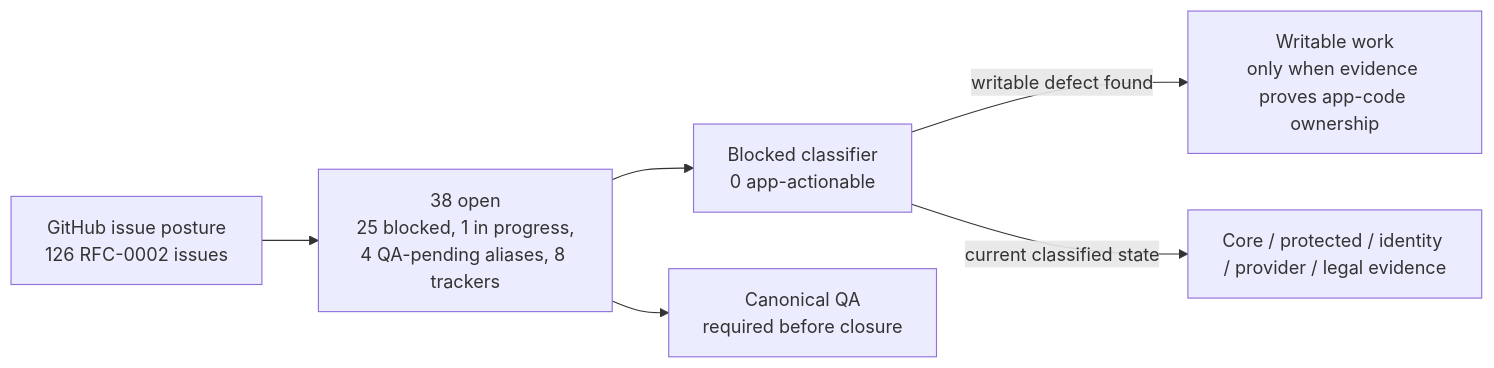
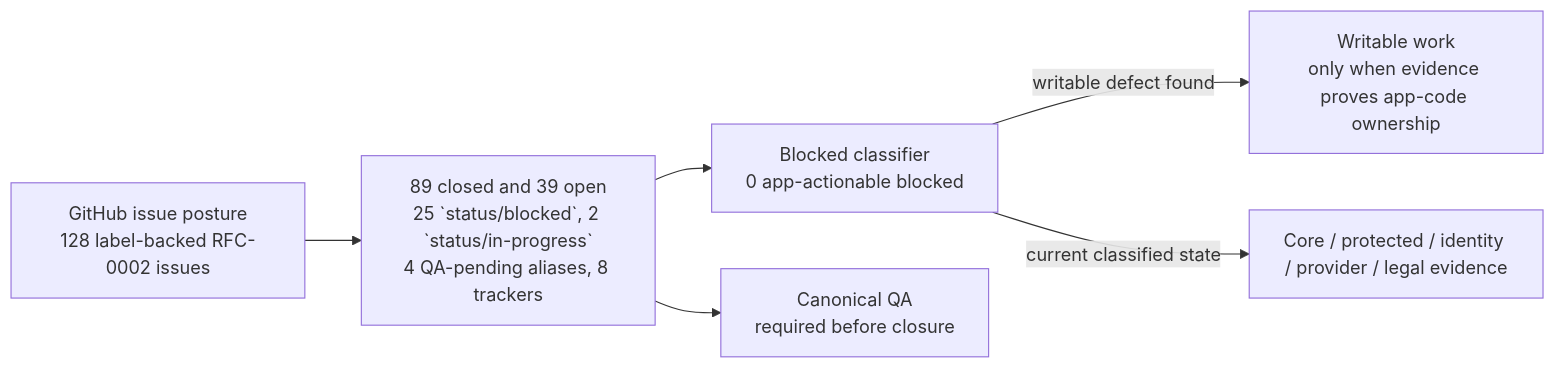
The first of 2 diagrams in wiki/RFC-0002-Execution-Status.md (sgajbi/lotus-idea), drawn with Mermaid before and after one commit. The commit also changed other lines of this file and 17 other files, not shown here.

Commit message:
fix(docs): contract RFC-0002 issue posture snapshots

````diff
--- a/wiki/RFC-0002-Execution-Status.md
+++ b/wiki/RFC-0002-Execution-Status.md
@@ -39,15 +39,15 @@
 ```mermaid
 flowchart LR
-    Issues["GitHub issue posture<br/>126 RFC-0002 issues"]
-    Open["38 open<br/>25 blocked, 1 in progress,<br/>4 QA-pending aliases, 8 trackers"]
-    Blocked["Blocked classifier<br/>0 app-actionable"]
+    Issues["GitHub issue posture<br/>128 label-backed RFC-0002 issues"]
+    Open["89 closed and 39 open<br/>25 `status/blocked`, 2 `status/in-progress`<br/>4 QA-pending aliases, 8 trackers"]
+    Blocked["Blocked classifier<br/>0 app-actionable blocked"]
     Work["Writable work<br/>only when evidence proves app-code ownership"]
     External["Core / protected / identity / provider / legal evidence"]
     QA["Canonical QA<br/>required before closure"]
 
     Issues --> Open
     Open --> Blocked
     Blocked -->|"writable defect found"| Work
     Blocked -->|"current classified state"| External
     Open --> QA
 ```
````
